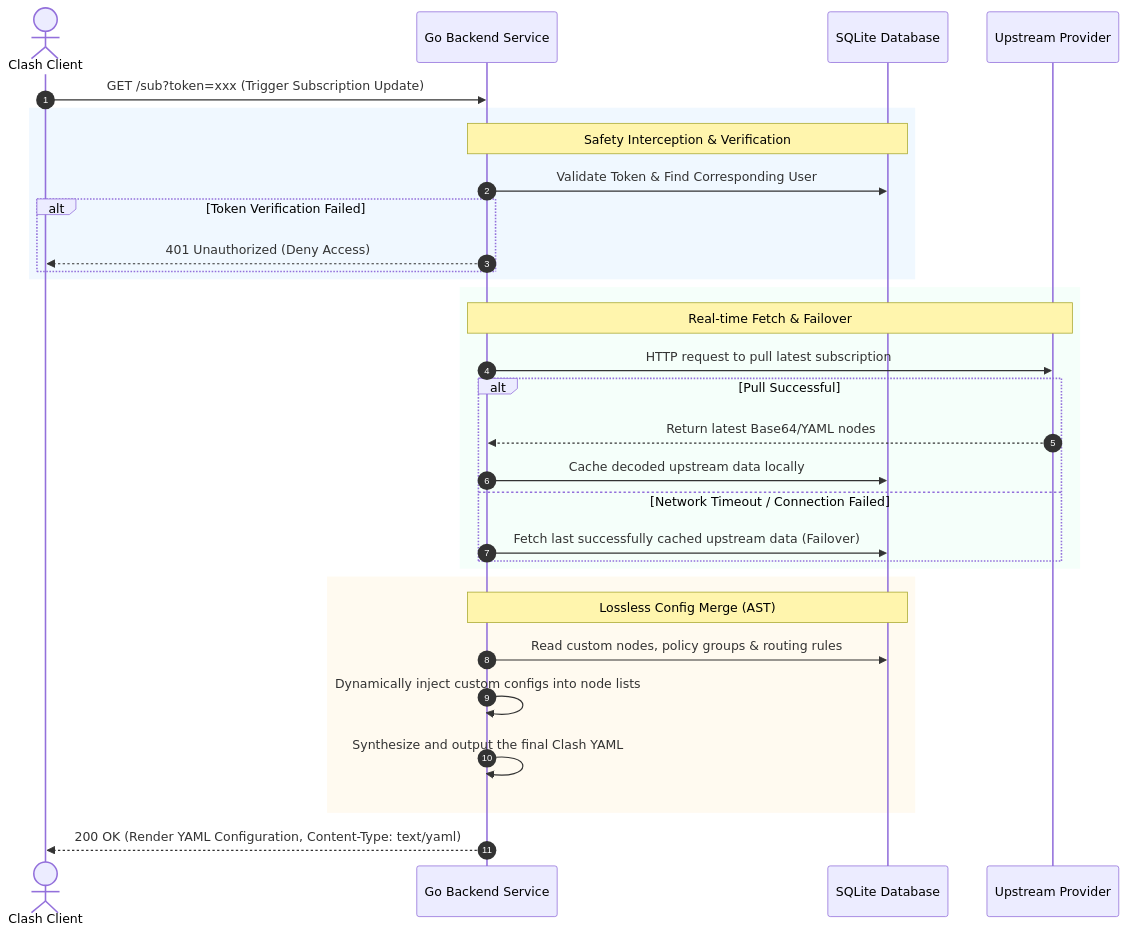
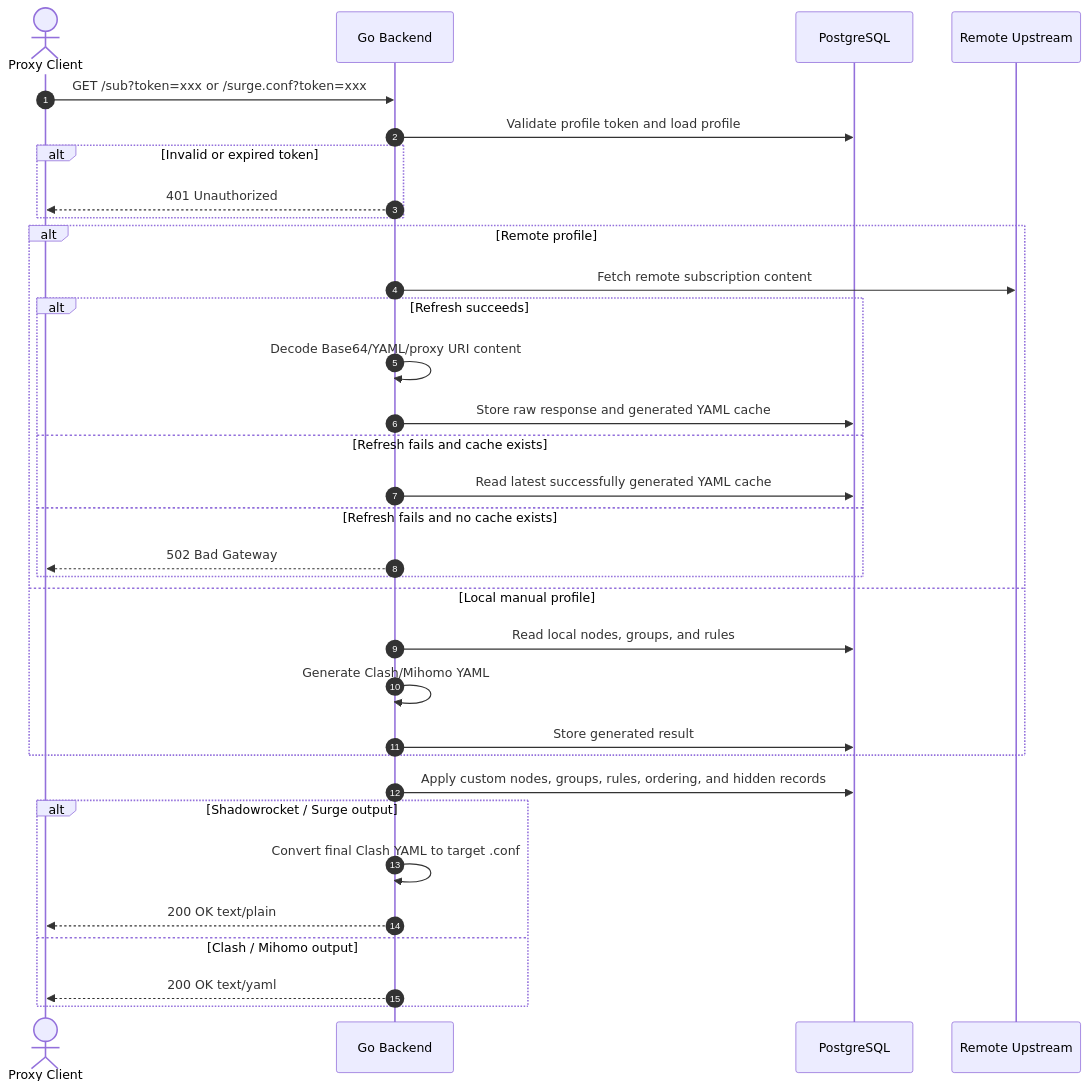
The diagram in README_EN.md (mangobubu/clash_subscription_decoder), drawn with Mermaid before and after one commit. The commit also changed other lines of this file and 1 other file, not shown here.

````diff
--- a/README_EN.md
+++ b/README_EN.md
@@ -34,37 +41,38 @@
 ```mermaid
 sequenceDiagram
     autonumber
-    actor Client as Clash Client
-    participant Server as Go Backend Service
-    participant DB as SQLite Database
-    participant Upper as Upstream Provider
+    actor Client as Proxy Client
+    participant Server as Go Backend
+    participant DB as PostgreSQL
+    participant Upper as Remote Upstream
 
-    Client->>Server: GET /sub?token=xxx (Trigger Subscription Update)
-    rect rgb(240, 248, 255)
-        note over Server, DB: Safety Interception & Verification
-        Server->>DB: Validate Token & Find Corresponding User
-        alt Token Verification Failed
-            Server-->>Client: 401 Unauthorized (Deny Access)
-        end
-    end
-    
-    rect rgb(245, 255, 250)
-        note over Server, Upper: Real-time Fetch & Failover
-        Server->>Upper: HTTP request to pull latest subscription
-        alt Pull Successful
-            Upper-->>Server: Return latest Base64/YAML nodes
-            Server->>DB: Cache decoded upstream data locally
-        else Network Timeout / Connection Failed
-            Server->>DB: Fetch last successfully cached upstream data (Failover)
-        end
+    Client->>Server: GET /sub?token=xxx or /surge.conf?token=xxx
+    Server->>DB: Validate profile token and load profile
+    alt Invalid or expired token
+        Server-->>Client: 401 Unauthorized
     end
 
-    rect rgb(255, 250, 240)
-        note over Server, DB: Lossless Config Merge (AST)
-        Server->>DB: Read custom nodes, policy groups & routing rules
-        Server->>Server: Dynamically inject custom configs into node lists
-        Server->>Server: Synthesize and output the final Clash YAML
+    alt Remote profile
+        Server->>Upper: Fetch remote subscription content
+        alt Refresh succeeds
+            Server->>Server: Decode Base64/YAML/proxy URI content
+            Server->>DB: Store raw response and generated YAML cache
+        else Refresh fails and cache exists
+            Server->>DB: Read latest successfully generated YAML cache
+        else Refresh fails and no cache exists
+            Server-->>Client: 502 Bad Gateway
+        end
+    else Local manual profile
+        Server->>DB: Read local nodes, groups, and rules
+        Server->>Server: Generate Clash/Mihomo YAML
+        Server->>DB: Store generated result
     end
-    
-    Server-->>Client: 200 OK (Render YAML Configuration, Content-Type: text/yaml)
+
+    Server->>DB: Apply custom nodes, groups, rules, ordering, and hidden records
+    alt Shadowrocket / Surge output
+        Server->>Server: Convert final Clash YAML to target .conf
+        Server-->>Client: 200 OK text/plain
+    else Clash / Mihomo output
+        Server-->>Client: 200 OK text/yaml
+    end
 ```
````
